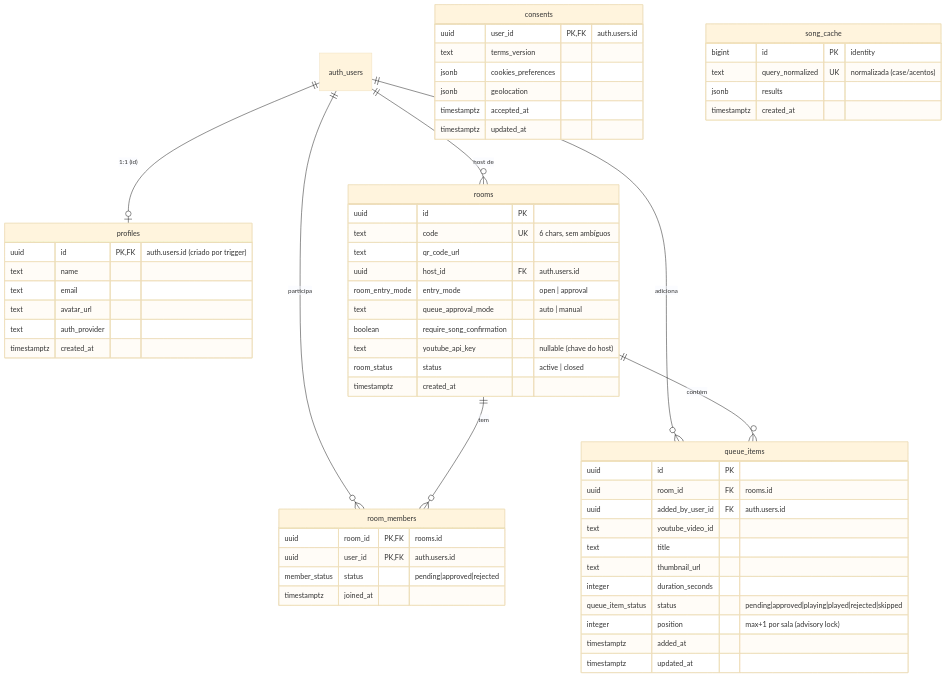
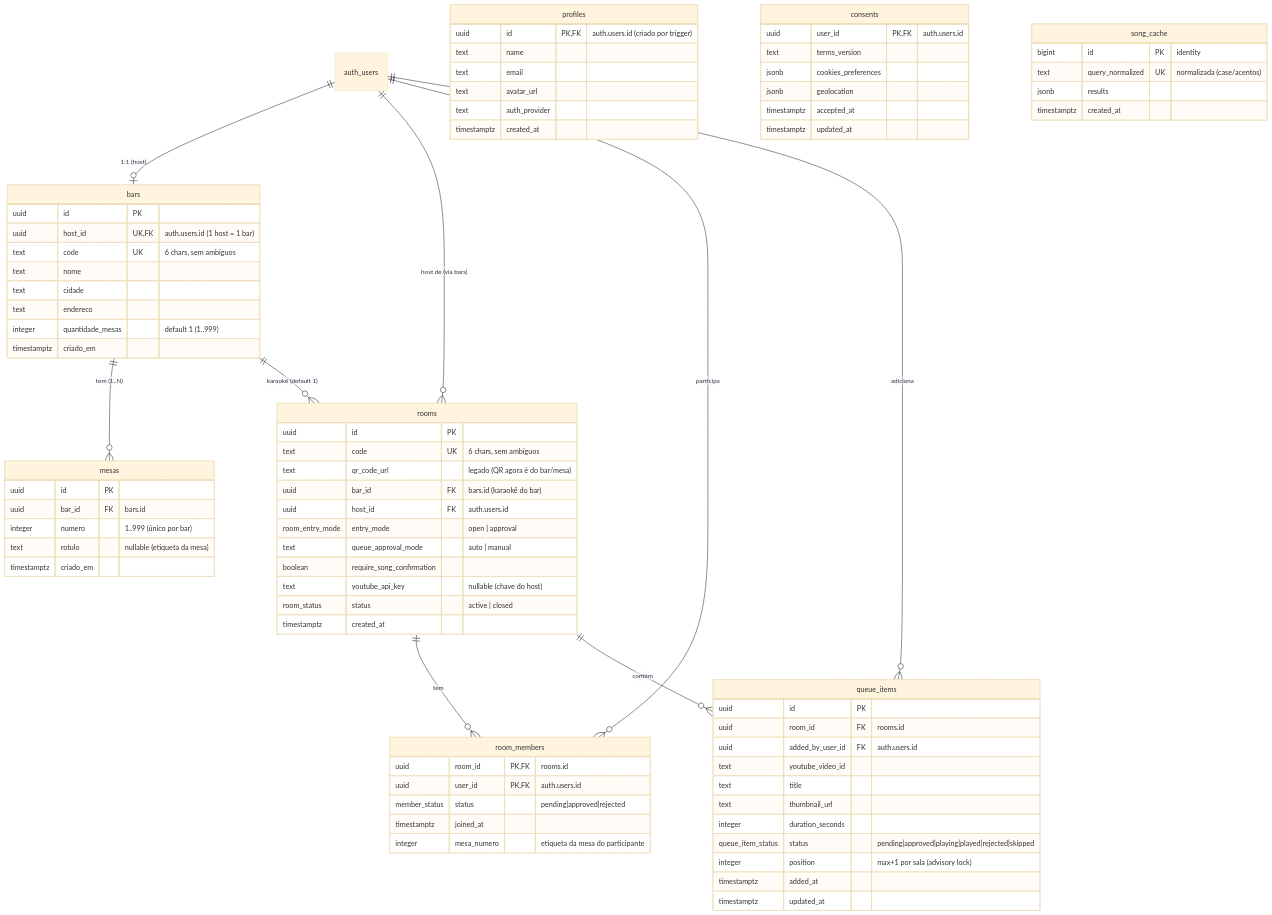
One commit to cavalcanteprofissional/karaoke-flow changed the first of 5 diagrams in docs/flows/banco-de-dados.md. Above: the diagram before and after it, drawn with Mermaid (base theme). The commit also changed other lines of this file and 37 other files, not shown here.

First line of the commit message:
feat: domínio bar/mesas/karaokês e acesso anônimo (Fase 3.5)

````diff
--- a/docs/flows/banco-de-dados.md
+++ b/docs/flows/banco-de-dados.md
@@ -9,7 +9,9 @@
 ```mermaid
 erDiagram
-    auth_users ||--o| profiles : "1:1 (id)"
-    auth_users ||--o{ rooms : "host de"
+    auth_users ||--o| bars : "1:1 (host)"
+    bars ||--o{ mesas : "tem (1..N)"
+    bars ||--o{ rooms : "karaokê (default 1)"
+    auth_users ||--o{ rooms : "host de (via bars)"
     auth_users ||--o{ room_members : "participa"
     auth_users ||--o{ queue_items : "adiciona"
 
@@ -18,7 +20,8 @@
     rooms {
         uuid id PK
         text code UK "6 chars, sem ambíguos"
-        text qr_code_url
+        text qr_code_url "legado (QR agora é do bar/mesa)"
+        uuid bar_id FK "bars.id (karaokê do bar)"
         uuid host_id FK "auth.users.id"
         room_entry_mode entry_mode "open | approval"
         text queue_approval_mode "auto | manual"
@@ -33,6 +36,26 @@
         uuid user_id PK,FK "auth.users.id"
         member_status status "pending|approved|rejected"
         timestamptz joined_at
+        integer mesa_numero "etiqueta da mesa do participante"
+    }
+
+    bars {
+        uuid id PK
+        uuid host_id UK,FK "auth.users.id (1 host = 1 bar)"
+        text code UK "6 chars, sem ambíguos"
+        text nome
+        text cidade
+        text endereco
+        integer quantidade_mesas "default 1 (1..999)"
+        timestamptz criado_em
+    }
+
+    mesas {
+        uuid id PK
+        uuid bar_id FK "bars.id"
+        integer numero "1..999 (único por bar)"
+        text rotulo "nullable (etiqueta da mesa)"
+        timestamptz criado_em
     }
 
     queue_items {
````
